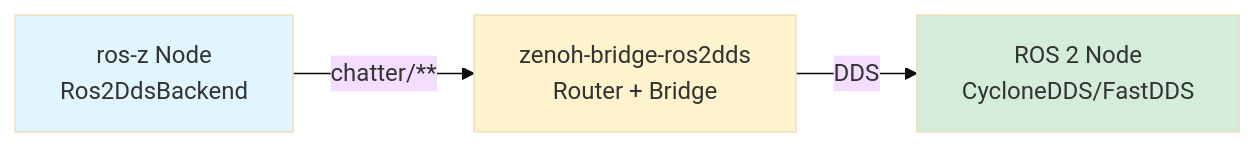
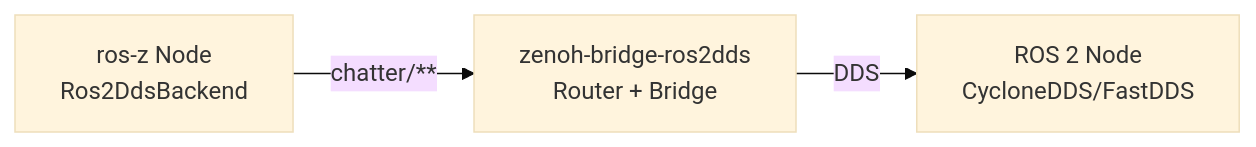
The second of 2 diagrams in book/src/chapters/backends.md (ZettaScaleLabs/ros-z), drawn with Mermaid (base theme) before and after one commit. The commit also changed other lines of this file and 4 other files, not shown here.

````diff
--- a/book/src/chapters/backends.md
+++ b/book/src/chapters/backends.md
@@ -133,9 +129,5 @@
 ```mermaid
 graph LR
     A[ros-z Node<br/>Ros2DdsBackend] -->|"chatter/**"| B[zenoh-bridge-ros2dds<br/>Router + Bridge]
     B -->|DDS| C[ROS 2 Node<br/>CycloneDDS/FastDDS]
-
-    style A fill:#e1f5ff
-    style B fill:#fff3cd
-    style C fill:#d4edda
 ```
````
